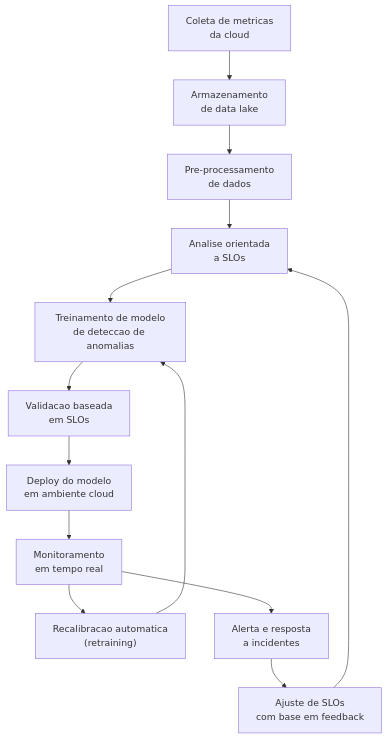
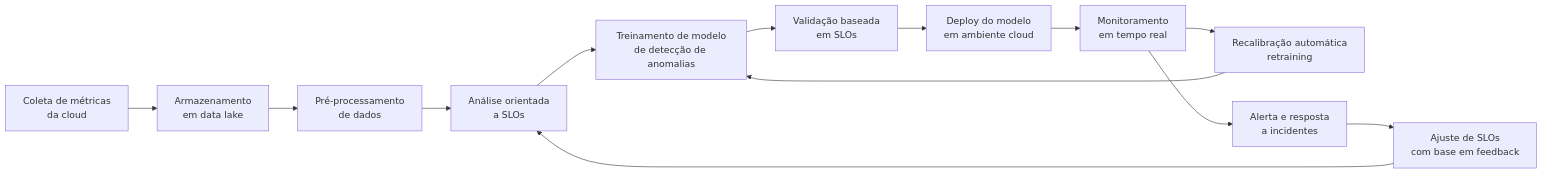
The diagram in README.md (mbenedicto99/SLO-Pipeline), drawn with Mermaid before and after one commit.

Commit message:
AI_O11 20251007

````diff
--- a/README.md
+++ b/README.md
@@ -67,19 +67,19 @@
 ```mermaid
-graph TD
-  A["Coleta de metricas\nda cloud"]
-  B["Armazenamento\nde data lake"]
-  C["Pre-processamento\nde dados"]
-  D["Analise orientada\na SLOs"]
-  E["Treinamento de modelo\nde deteccao de anomalias"]
-  F["Validacao baseada\nem SLOs"]
-  G["Deploy do modelo\nem ambiente cloud"]
-  H["Monitoramento\nem tempo real"]
-  I["Recalibracao automatica\n(retraining)"]
-  J["Alerta e resposta\na incidentes"]
-  K["Ajuste de SLOs\ncom base em feedback"]
+graph LR
+  A["Coleta de métricas<br/>da cloud"]
+  B["Armazenamento<br/>em data lake"]
+  C["Pré-processamento<br/>de dados"]
+  D["Análise orientada<br/>a SLOs"]
+  E["Treinamento de modelo<br/>de detecção de anomalias"]
+  F["Validação baseada<br/>em SLOs"]
+  G["Deploy do modelo<br/>em ambiente cloud"]
+  H["Monitoramento<br/>em tempo real"]
+  I["Recalibração automática<br/>retraining"]
+  J["Alerta e resposta<br/>a incidentes"]
+  K["Ajuste de SLOs<br/>com base em feedback"]
 
   A --> B --> C --> D --> E --> F --> G --> H
   H --> I --> E
   H --> J --> K --> D
 
 ```
````
